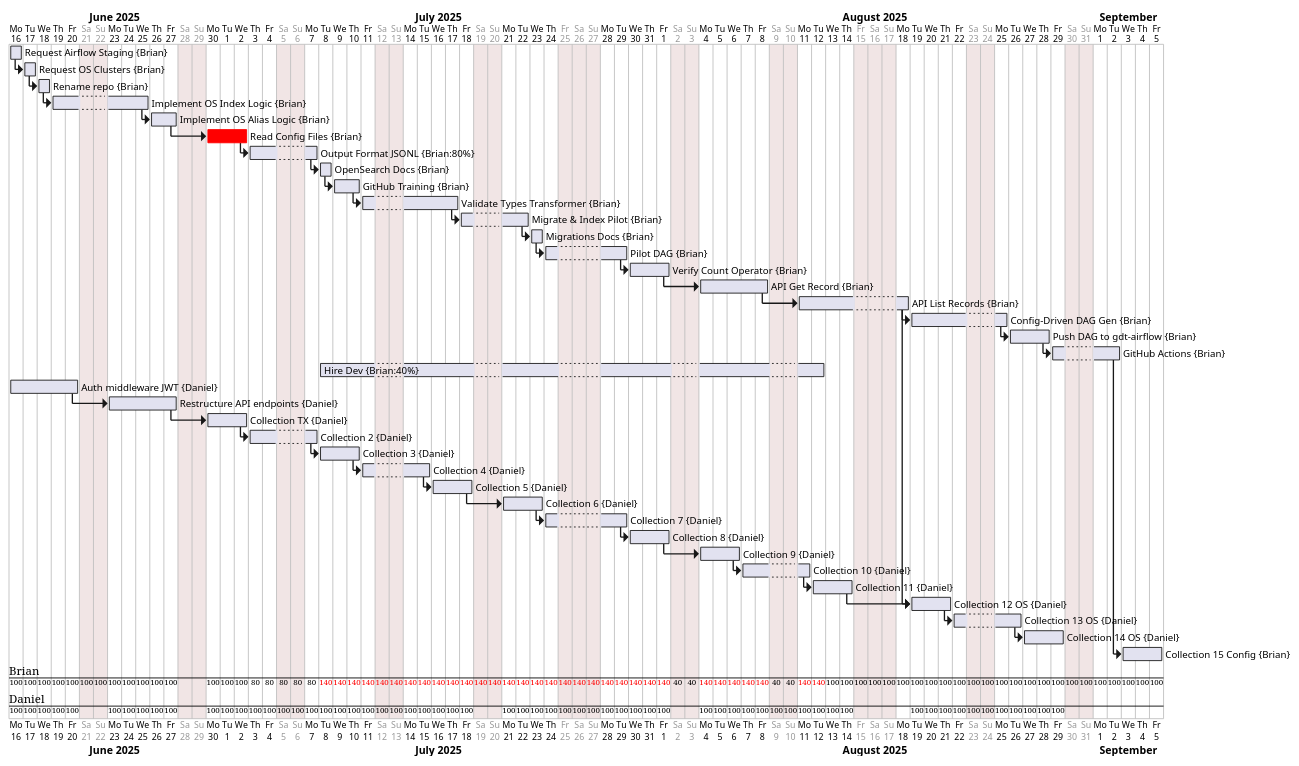
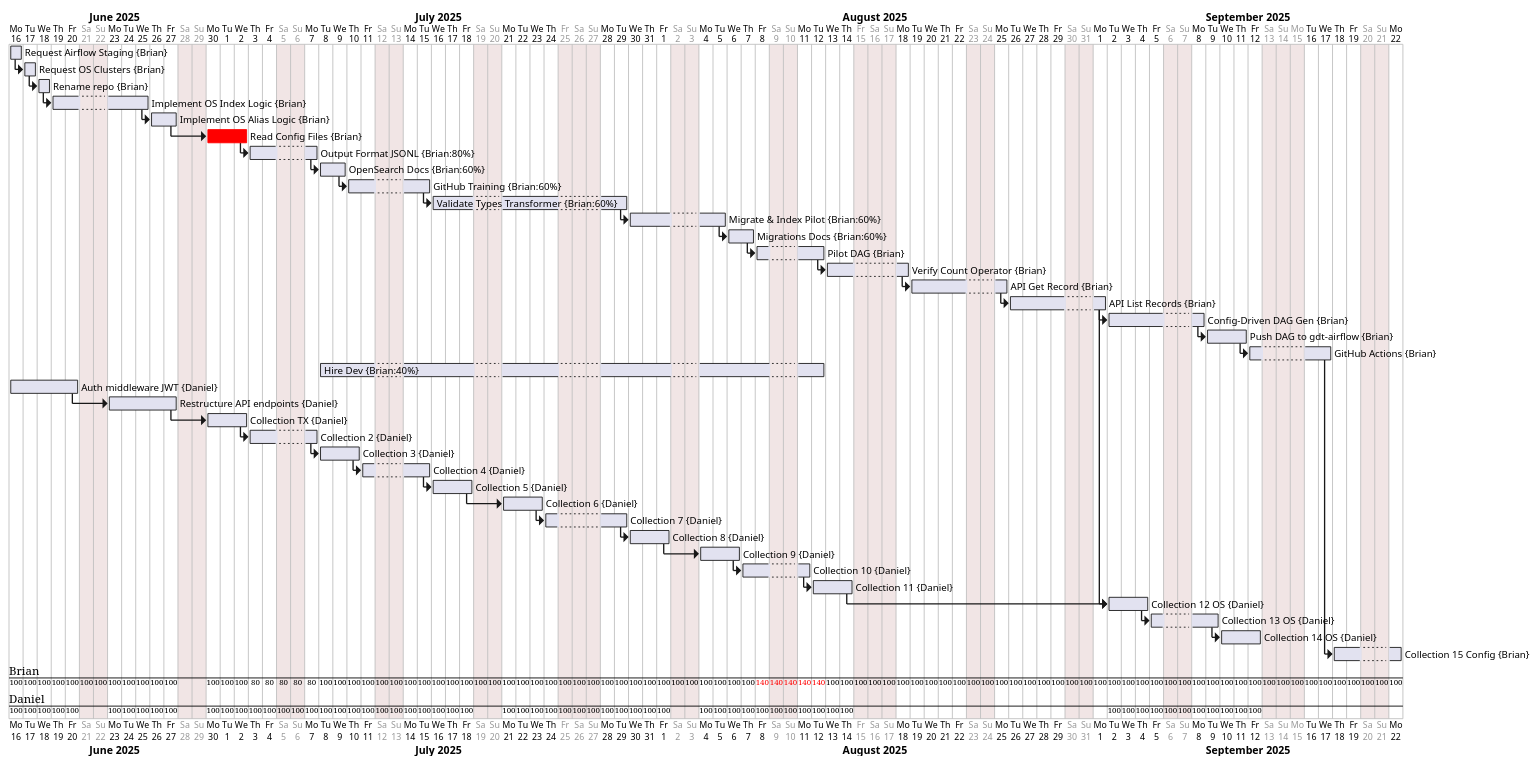
The diagram in src/gdt-term-estimation.puml (brianduran/gdt-term-planning), drawn with PlantUML before and after one commit.

Commit message:
Update diagram

```diff
--- a/src/gdt-term-estimation.puml
+++ b/src/gdt-term-estimation.puml
@@ -1,115 +1,115 @@
 @startgantt
 Project starts 2025-06-16
 
 printscale daily
 saturday are closed
 sunday are closed
 
 ' === Holidays (Costa Rica) ===
 'Anexión de Guanacaste'
 2025-07-25 is closed
 'Virgen de los Ángeles'
 2025-08-02 is closed
 'Día de la Madre'
 2025-08-15 is closed
 'Cultura Afrocostarricense'
 2025-08-31 is closed
 'Día de la Independencia'
 2025-09-15 is closed
 
 ' === Brian: Work from past two weeks (Sprint 0 / Historical) ===
 [Request Airflow Staging] on {Brian:100%} lasts 1 day
 [Request OS Clusters] on {Brian:100%} lasts 1 day
 [Rename repo] on {Brian:100%} lasts 1 day
 [Implement OS Index Logic] on {Brian:100%} lasts 5 days
 [Implement OS Alias Logic] on {Brian:100%} lasts 2 days
 
 ' === Epic 1: OpenSearch Indexing Logic ===
 [Read Config Files] on {Brian:100%} lasts 3 days
 [Read Config Files] is colored in red
 [Output Format JSONL] on {Brian:80%} lasts 2 days
-[OpenSearch Docs] on {Brian:100%} lasts 1 day
-[GitHub Training] on {Brian:100%} lasts 2 days
-[Validate Types Transformer] on {Brian:100%} lasts 5 days
-[Migrate & Index Pilot] on {Brian:100%} lasts 3 days
-[Migrations Docs] on {Brian:100%} lasts 1 day
+[OpenSearch Docs] on {Brian:60%} lasts 1 day
+[GitHub Training] on {Brian:60%} lasts 2 days
+[Validate Types Transformer] on {Brian:60%} lasts 5 days
+[Migrate & Index Pilot] on {Brian:60%} lasts 3 days
+[Migrations Docs] on {Brian:60%} lasts 1 day
 [Pilot DAG] on {Brian:100%} lasts 3 days
 [Verify Count Operator] on {Brian:100%} lasts 3 days
 [API Get Record] on {Brian:100%} lasts 5 days
 [API List Records] on {Brian:100%} lasts 5 days
 
 [Request Airflow Staging] -> [Request OS Clusters]
 [Request OS Clusters] -> [Rename repo]
 [Rename repo] -> [Implement OS Index Logic]
 [Implement OS Index Logic] -> [Implement OS Alias Logic]
 [Implement OS Alias Logic] -> [Read Config Files]
 [Read Config Files] -> [Output Format JSONL]
 [Output Format JSONL] -> [OpenSearch Docs]
 [OpenSearch Docs]-> [GitHub Training]
 [GitHub Training] -> [Validate Types Transformer]
 [Validate Types Transformer] -> [Migrate & Index Pilot]
 [Migrate & Index Pilot] -> [Migrations Docs]
 [Migrations Docs] -> [Pilot DAG]
 [Pilot DAG] -> [Verify Count Operator]
 [Verify Count Operator] -> [API Get Record]
 [API Get Record] -> [API List Records]
 
 ' === Epic 2: Configurable Pipelines ===
 [Config-Driven DAG Gen] on {Brian:100%} lasts 5 days
 [Push DAG to gdt-airflow] on {Brian:100%} lasts 3 days
 [GitHub Actions] on {Brian:100%} lasts 3 days
 
 [API List Records] -> [Config-Driven DAG Gen]
 [Config-Driven DAG Gen] -> [Push DAG to gdt-airflow]
 [Push DAG to gdt-airflow] -> [GitHub Actions]
 
 ' === Cross-Epic Tasks ===
 [Hire Dev] starts on 2025-07-08
 [Hire Dev] on {Brian:40%} lasts 10 days
 
 
 ' === Daniel: Work from past two weeks (Sprint 0 / Historical) ===
 [Auth middleware JWT] on {Daniel:100%} lasts 5 days
 [Restructure API endpoints] on {Daniel:100%} lasts 5 days
 
 ' === Epic 3: Publish 16 Collections (Sequential for Daniel) ===
 [Collection TX] on {Daniel:100%} lasts 3 days
 [Collection 2] on {Daniel:100%} lasts 3 days
 [Collection 3] on {Daniel:100%} lasts 3 days
 [Collection 4] on {Daniel:100%} lasts 3 days
 [Collection 5] on {Daniel:100%} lasts 3 days
 [Collection 6] on {Daniel:100%} lasts 3 days
 [Collection 7] on {Daniel:100%} lasts 3 days
 [Collection 8] on {Daniel:100%} lasts 3 days
 [Collection 9] on {Daniel:100%} lasts 3 days
 [Collection 10] on {Daniel:100%} lasts 3 days
 [Collection 11] on {Daniel:100%} lasts 3 days
 
 [Auth middleware JWT] -> [Restructure API endpoints]
 [Restructure API endpoints] -> [Collection TX]
 [Collection TX] -> [Collection 2]
 [Collection 2] -> [Collection 3]
 [Collection 3] -> [Collection 4]
 [Collection 4] -> [Collection 5]
 [Collection 5] -> [Collection 6]
 [Collection 6] -> [Collection 7]
 [Collection 7] -> [Collection 8]
 [Collection 8] -> [Collection 9]
 [Collection 9] -> [Collection 10]
 [Collection 10] -> [Collection 11]
 
 ' === OS-dependent collections (still sequential) ===
 [Collection 12 OS] on {Daniel:100%} lasts 3 days
 [Collection 13 OS] on {Daniel:100%} lasts 3 days
 [Collection 14 OS] on {Daniel:100%} lasts 3 days
 
 [API List Records] -> [Collection 12 OS]
 [Collection 12 OS] -> [Collection 13 OS]
 [Collection 13 OS] -> [Collection 14 OS]
 [Collection 11] -> [Collection 12 OS]
 
 ' === Config-dependent collection ===
 [Collection 15 Config] on {Brian:100%} lasts 3 days
 [GitHub Actions] -> [Collection 15 Config]
 
 @endgantt
```
